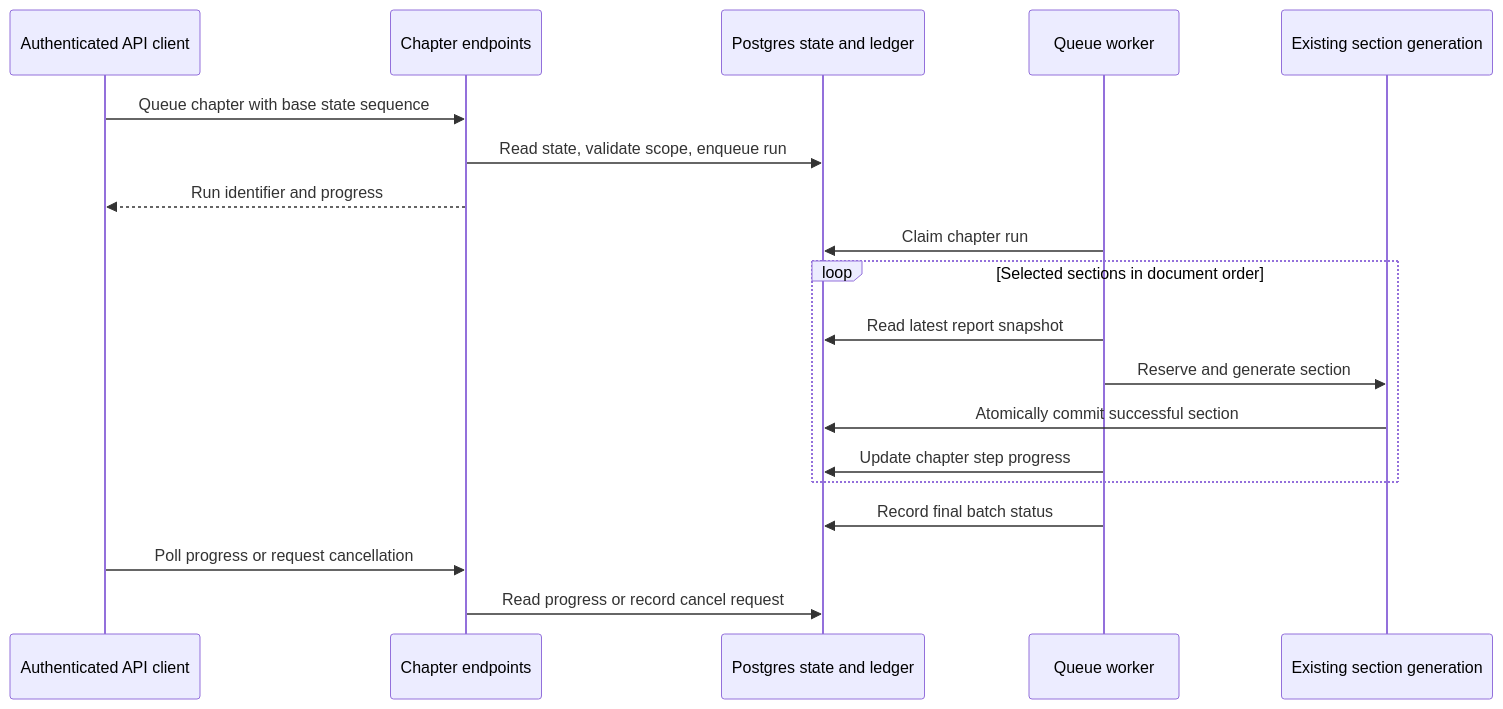
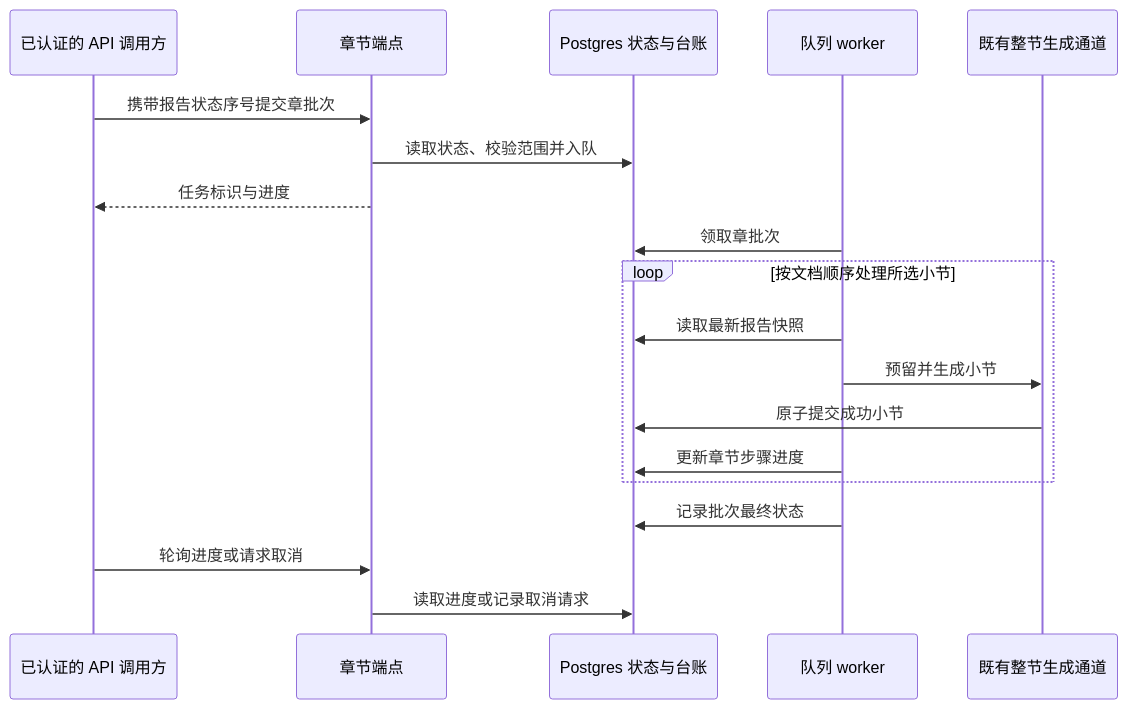
Before and after one commit to 18zxh/ESG-Disclosure-Tool: the third of 4 diagrams in README.md, drawn with Mermaid. The commit also changed other lines of this file and 2 other files, not shown here.

````diff
--- a/README.md
+++ b/README.md
@@ -128,21 +119,21 @@
 ```mermaid
 sequenceDiagram
-  participant Client as Authenticated API client
-  participant API as Chapter endpoints
-  participant DB as Postgres state and ledger
-  participant Worker as Queue worker
-  participant Section as Existing section generation
-  Client->>API: Queue chapter with base state sequence
-  API->>DB: Read state, validate scope, enqueue run
-  API-->>Client: Run identifier and progress
-  Worker->>DB: Claim chapter run
-  loop Selected sections in document order
-    Worker->>DB: Read latest report snapshot
-    Worker->>Section: Reserve and generate section
-    Section->>DB: Atomically commit successful section
-    Worker->>DB: Update chapter step progress
+  participant Client as 已认证的 API 调用方
+  participant API as 章节端点
+  participant DB as Postgres 状态与台账
+  participant Worker as 队列 worker
+  participant Section as 既有整节生成通道
+  Client->>API: 携带报告状态序号提交章批次
+  API->>DB: 读取状态、校验范围并入队
+  API-->>Client: 任务标识与进度
+  Worker->>DB: 领取章批次
+  loop 按文档顺序处理所选小节
+    Worker->>DB: 读取最新报告快照
+    Worker->>Section: 预留并生成小节
+    Section->>DB: 原子提交成功小节
+    Worker->>DB: 更新章节步骤进度
   end
-  Worker->>DB: Record final batch status
-  Client->>API: Poll progress or request cancellation
-  API->>DB: Read progress or record cancel request
+  Worker->>DB: 记录批次最终状态
+  Client->>API: 轮询进度或请求取消
+  API->>DB: 读取进度或记录取消请求
 ```
````
